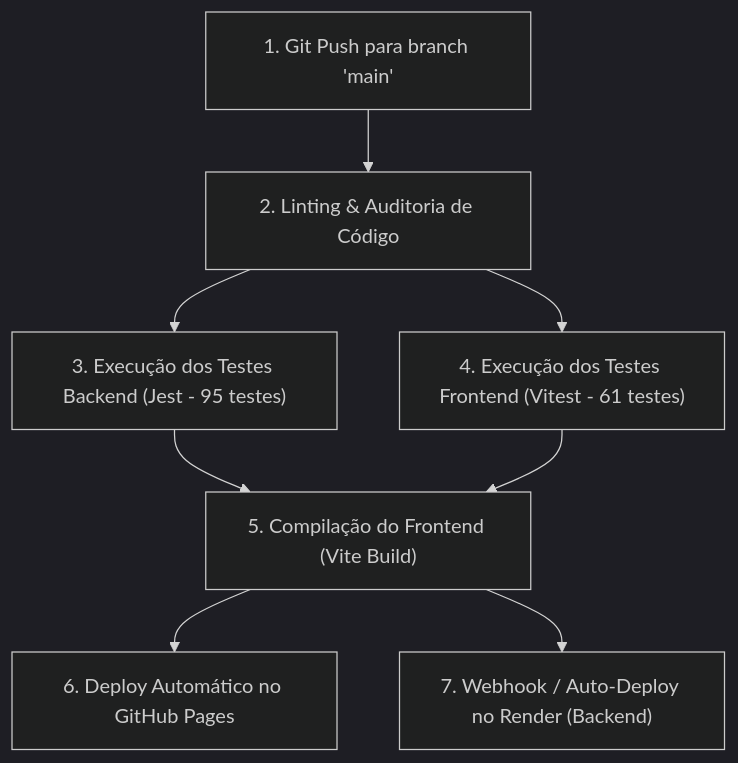
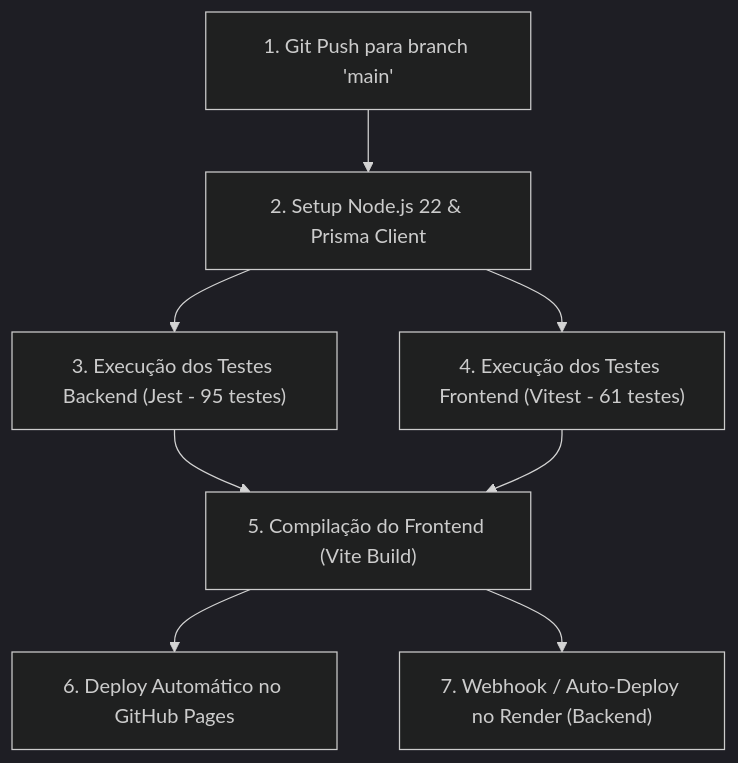
Before and after one commit to pfFabio/projeto_teatro: the sixth of 6 diagrams in exercicios.md, drawn with Mermaid (dark theme). The commit also changed other lines of this file, not shown here.

````diff
--- a/exercicios.md
+++ b/exercicios.md
@@ -992,10 +1013,10 @@
 ```mermaid
 flowchart TD
-    Push["1. Git Push para branch 'main'"] --> Lint["2. Linting & Auditoria de Código"]
+    Push["1. Git Push para branch 'main'"] --> Lint["2. Setup Node.js 22 & Prisma Client"]
     Lint --> TestBack["3. Execução dos Testes Backend (Jest - 95 testes)"]
     Lint --> TestFront["4. Execução dos Testes Frontend (Vitest - 61 testes)"]
     TestBack --> Build["5. Compilação do Frontend (Vite Build)"]
     TestFront --> Build
     Build --> DeployGH["6. Deploy Automático no GitHub Pages"]
     Build --> DeployRender["7. Webhook / Auto-Deploy no Render (Backend)"]
 ```
````
